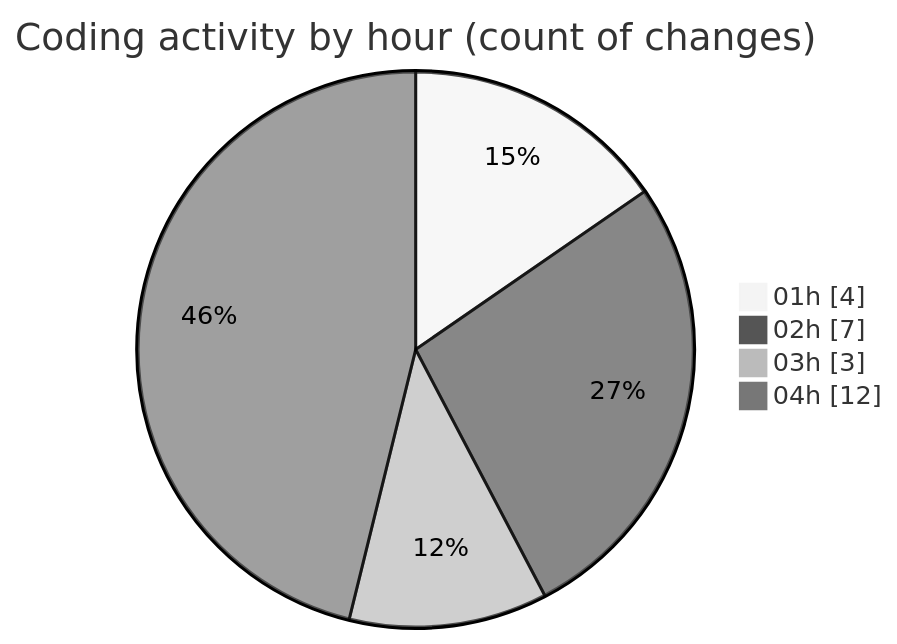
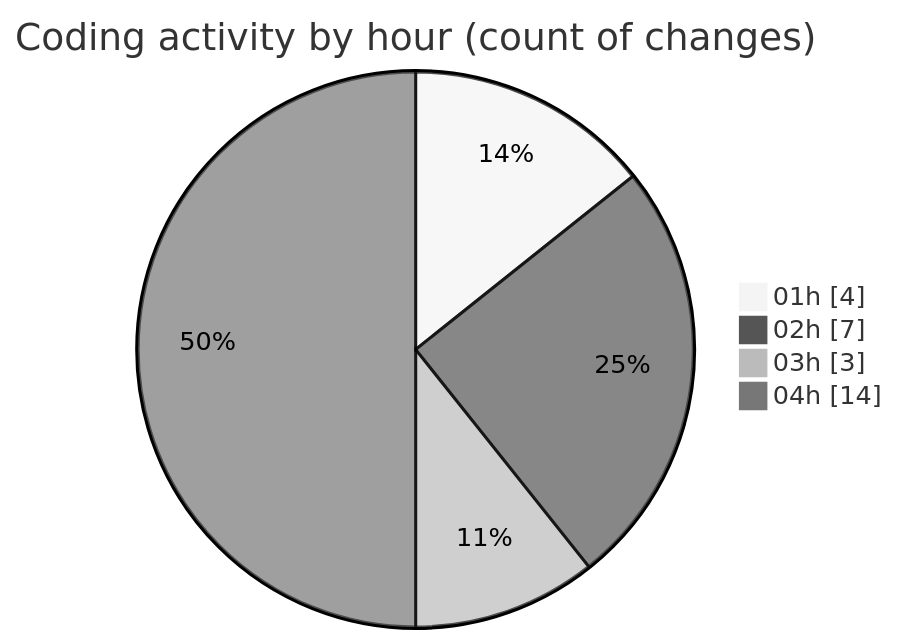
One commit to jrari/code-tracking changed the second of 2 diagrams in 2025-07-15/telebot/README.md. Above: the diagram before and after it, drawn with Mermaid (neutral theme). The commit also changed other lines of this file and 1 other file, not shown here.

````diff
--- a/2025-07-15/telebot/README.md
+++ b/2025-07-15/telebot/README.md
@@ -36,8 +36,8 @@
 ```mermaid
 pie showData
 title Coding activity by hour (count of changes)
 "01h" : 4
 "02h" : 7
 "03h" : 3
-"04h" : 12
+"04h" : 14
 ```
````
